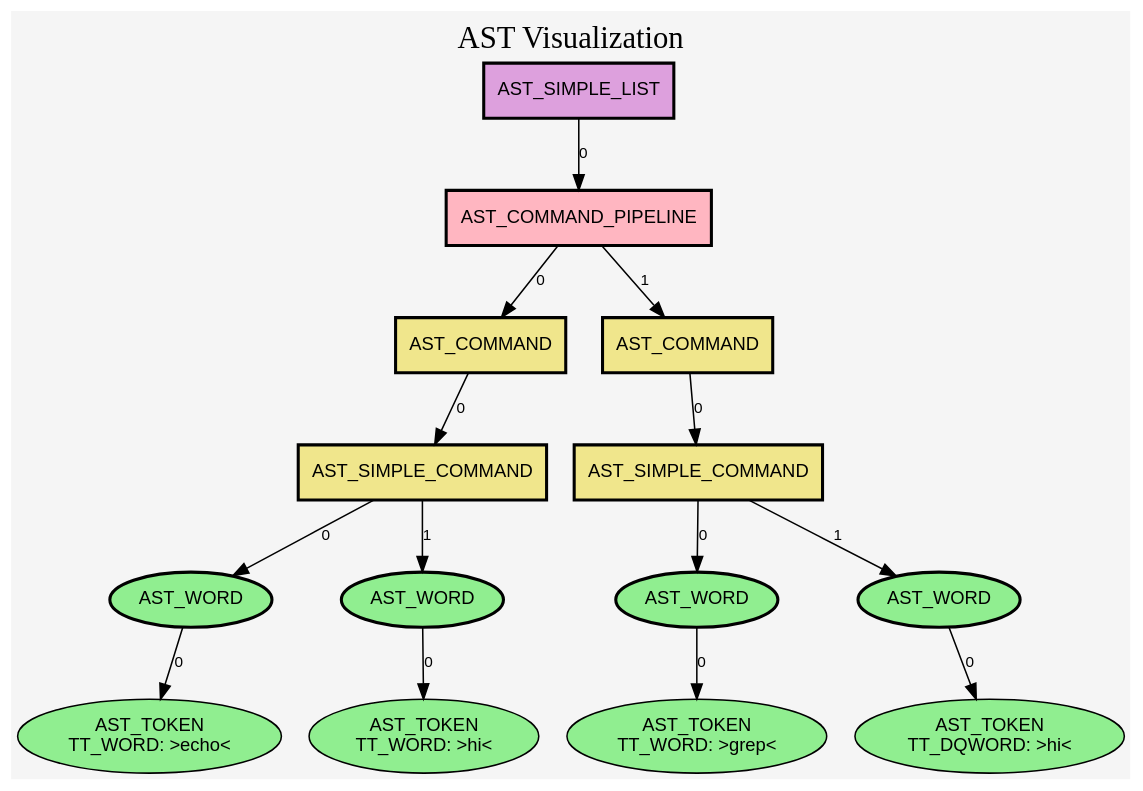
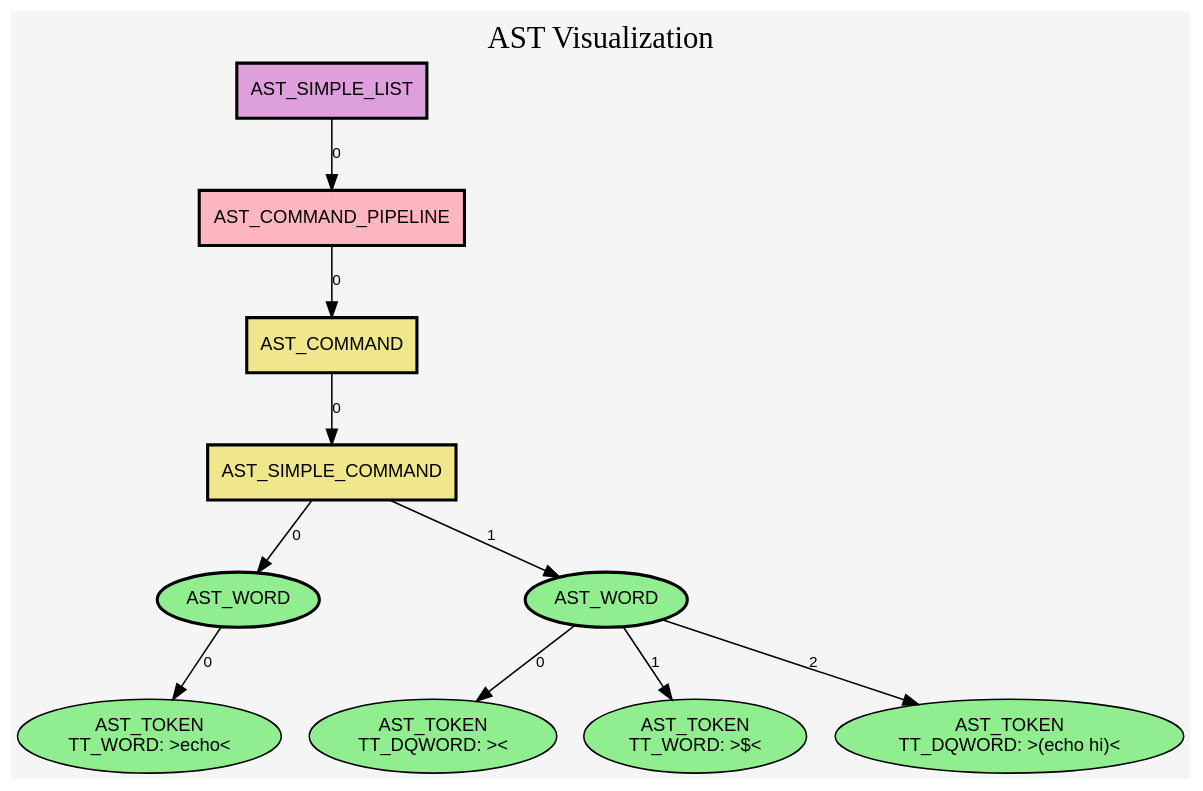
Before and after one commit to Univers42/sh42: the diagram in out.dot, drawn with Graphviz. The commit also changed 121 other files, not shown here.

```diff
--- a/out.dot
+++ b/out.dot
@@ -1,38 +1,30 @@
 digraph AST {
 	rankdir=TB;
 	node [fontname="Arial", fontsize=12];
 	edge [fontname="Arial", fontsize=10];
 	bgcolor="#F5F5F5";
 
 	n0 [label="AST_SIMPLE_LIST", style=filled, fillcolor="#DDA0DD", shape=box, penwidth=2];
 	n0 -> n3850216102 [label="0"];
 	n3850216102 [label="AST_COMMAND_PIPELINE", style=filled, fillcolor="#FFB6C1", shape=box, penwidth=2];
 	n3850216102 -> n4216142890 [label="0"];
 	n4216142890 [label="AST_COMMAND", style=filled, fillcolor="#F0E68C", shape=box, penwidth=2];
 	n4216142890 -> n4177211283 [label="0"];
 	n4177211283 [label="AST_SIMPLE_COMMAND", style=filled, fillcolor="#F0E68C", shape=box, penwidth=2];
 	n4177211283 -> n3872387439 [label="0"];
 	n3872387439 [label="AST_WORD", style=filled, fillcolor="#90EE90", shape=ellipse, penwidth=2];
 	n3872387439 -> n1663027210 [label="0"];
 	n1663027210 [label="AST_TOKEN\nTT_WORD: >echo<", style=filled, fillcolor="#90EE90", shape=ellipse];
 	n4177211283 -> n4287950519 [label="1"];
 	n4287950519 [label="AST_WORD", style=filled, fillcolor="#90EE90", shape=ellipse, penwidth=2];
 	n4287950519 -> n1214240581 [label="0"];
-	n1214240581 [label="AST_TOKEN\nTT_WORD: >hi<", style=filled, fillcolor="#90EE90", shape=ellipse];
-	n3850216102 -> n2884641882 [label="1"];
-	n2884641882 [label="AST_COMMAND", style=filled, fillcolor="#F0E68C", shape=box, penwidth=2];
-	n2884641882 -> n1913715028 [label="0"];
-	n1913715028 [label="AST_SIMPLE_COMMAND", style=filled, fillcolor="#F0E68C", shape=box, penwidth=2];
-	n1913715028 -> n1869909955 [label="0"];
-	n1869909955 [label="AST_WORD", style=filled, fillcolor="#90EE90", shape=ellipse, penwidth=2];
-	n1869909955 -> n4129444750 [label="0"];
-	n4129444750 [label="AST_TOKEN\nTT_WORD: >grep<", style=filled, fillcolor="#90EE90", shape=ellipse];
-	n1913715028 -> n1642354536 [label="1"];
-	n1642354536 [label="AST_WORD", style=filled, fillcolor="#90EE90", shape=ellipse, penwidth=2];
-	n1642354536 -> n3546971706 [label="0"];
-	n3546971706 [label="AST_TOKEN\nTT_DQWORD: >hi<", style=filled, fillcolor="#90EE90", shape=ellipse];
+	n1214240581 [label="AST_TOKEN\nTT_DQWORD: ><", style=filled, fillcolor="#90EE90", shape=ellipse];
+	n4287950519 -> n2884641882 [label="1"];
+	n2884641882 [label="AST_TOKEN\nTT_WORD: >$<", style=filled, fillcolor="#90EE90", shape=ellipse];
+	n4287950519 -> n1913715028 [label="2"];
+	n1913715028 [label="AST_TOKEN\nTT_DQWORD: >(echo hi)<", style=filled, fillcolor="#90EE90", shape=ellipse];
 
 	labelloc="t";
 	label="AST Visualization";
 	fontsize=20;
 }
```
